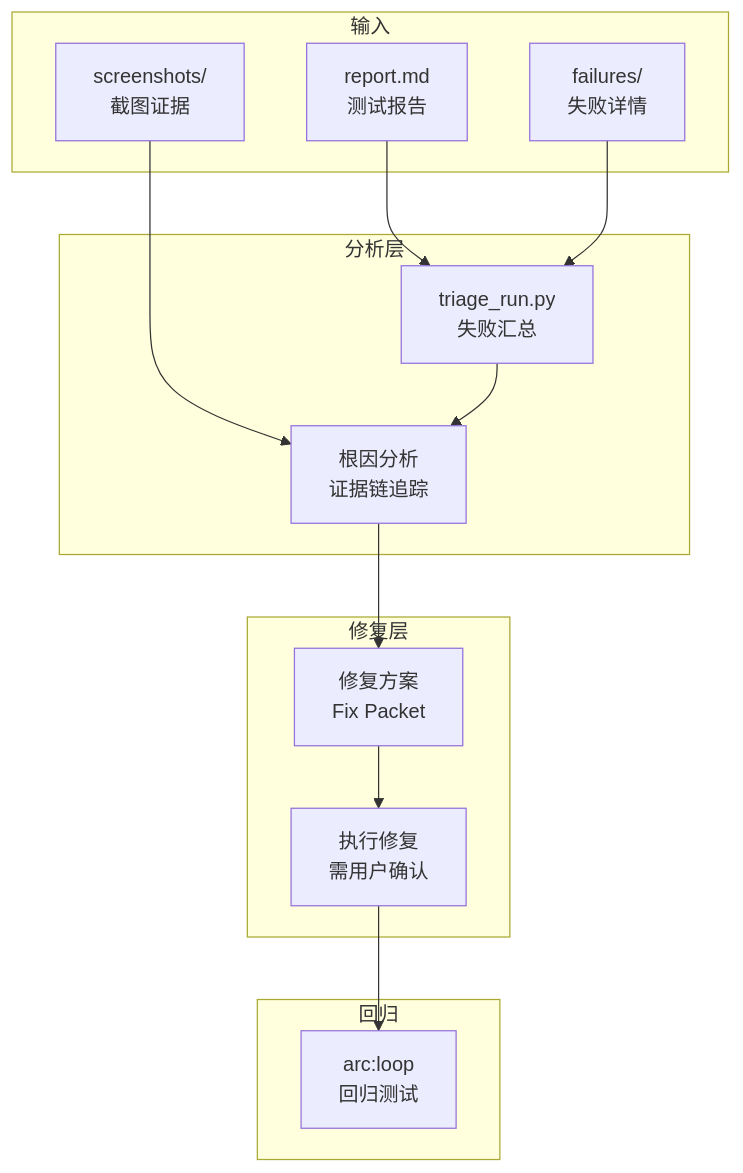
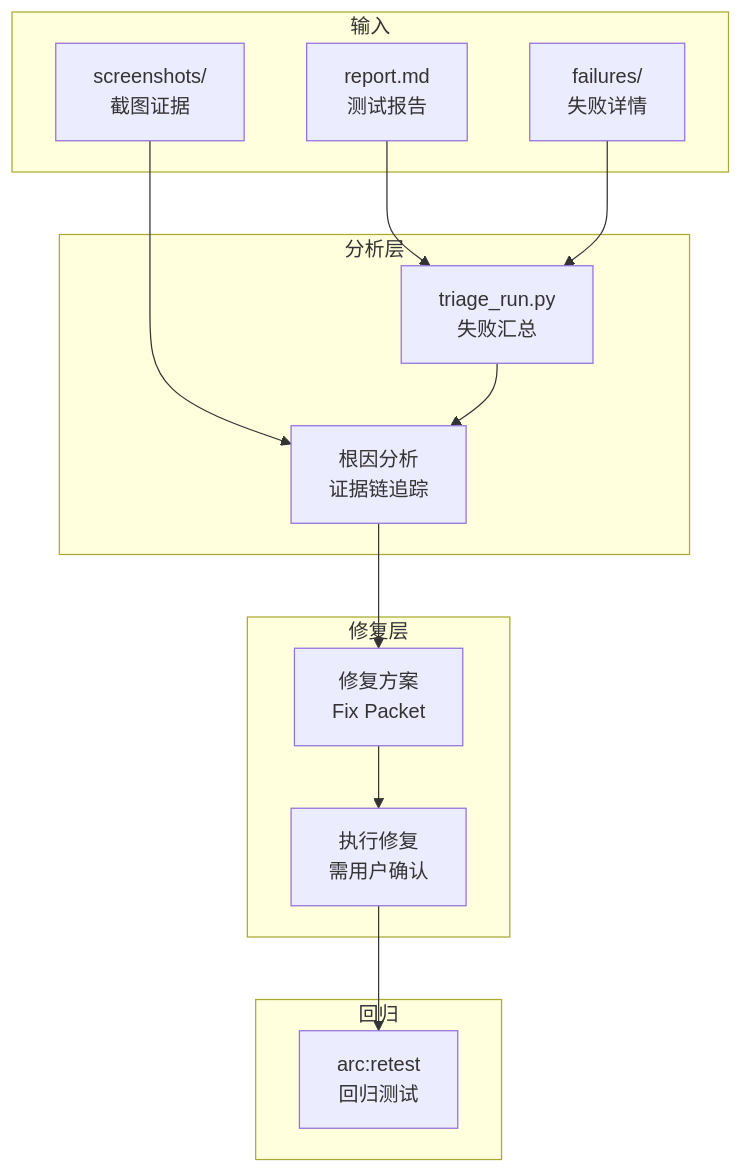
The diagram in triage/CLAUDE.md (iwen-conf/Skills), drawn with Mermaid before and after one commit. The commit also changed other lines of this file and 51 other files, not shown here.

````diff
--- a/triage/CLAUDE.md
+++ b/triage/CLAUDE.md
@@ -121,30 +121,30 @@
 ```mermaid
 graph TD
     subgraph 输入
         REPORT["report.md<br/>测试报告"]
         FAIL["failures/<br/>失败详情"]
         SS["screenshots/<br/>截图证据"]
     end
 
     subgraph 分析层
         TRIAGE["triage_run.py<br/>失败汇总"]
         ANALYZE["根因分析<br/>证据链追踪"]
     end
 
     subgraph 修复层
         FIX["修复方案<br/>Fix Packet"]
         EXEC["执行修复<br/>需用户确认"]
     end
 
     subgraph 回归
-        LOOP["arc:loop<br/>回归测试"]
+        LOOP["arc:retest<br/>回归测试"]
     end
 
     REPORT --> TRIAGE
     FAIL --> TRIAGE
     SS --> ANALYZE
     TRIAGE --> ANALYZE
     ANALYZE --> FIX
     FIX --> EXEC
     EXEC --> LOOP
 ```
````
